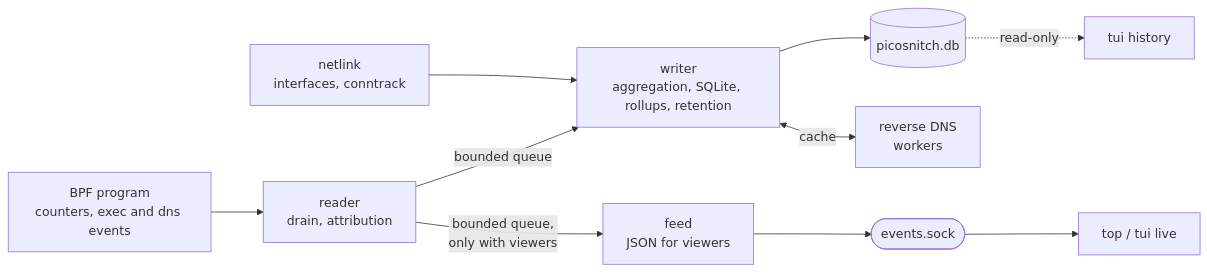
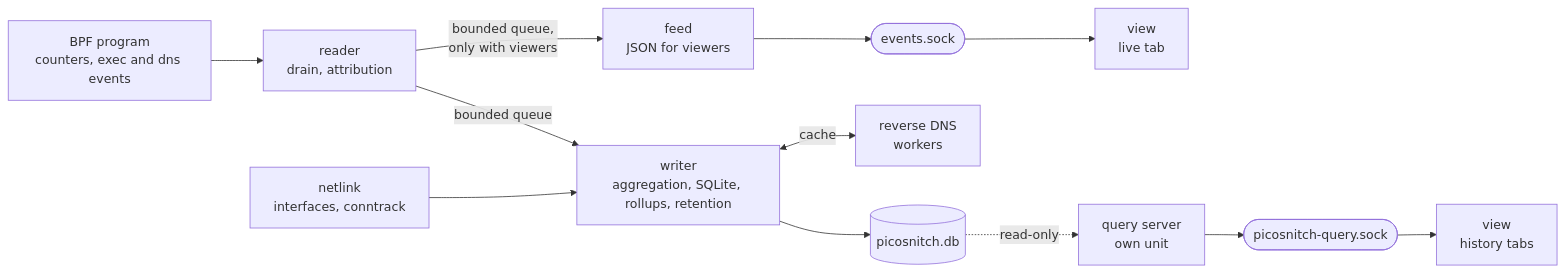
The diagram in docs/DESIGN.md (dehesselle/tracct), drawn with Mermaid before and after one commit. The commit also changed other lines of this file and 34 other files, not shown here.

First line of the commit message:
Add a Textual viewer backed by a query server

````diff
--- a/docs/DESIGN.md
+++ b/docs/DESIGN.md
@@ -94,12 +94,14 @@
 ```mermaid
 flowchart LR
     BPF["BPF program<br/>counters, exec and dns events"] --> R
     R["reader<br/>drain, attribution"] -- bounded queue --> W
     R -- bounded queue,<br/>only with viewers --> F
     W["writer<br/>aggregation, SQLite, rollups, retention"] --> DB[(picosnitch.db)]
     W <-- cache --> DNS["reverse DNS<br/>workers"]
     NL["netlink<br/>interfaces, conntrack"] --> W
     F["feed<br/>JSON for viewers"] --> LIVE([events.sock])
-    LIVE --> TOP["top / tui live"]
-    DB -. read-only .-> TUI["tui history"]
+    LIVE --> VIEW["view<br/>live tab"]
+    DB -. read-only .-> Q["query server<br/>own unit"]
+    Q --> QS([picosnitch-query.sock])
+    QS --> HIST["view<br/>history tabs"]
 ```
````
